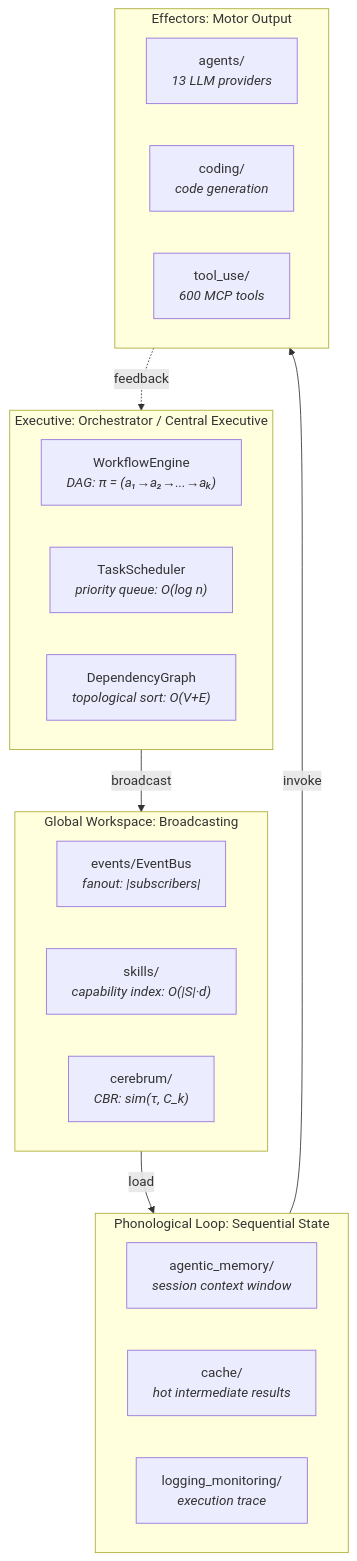
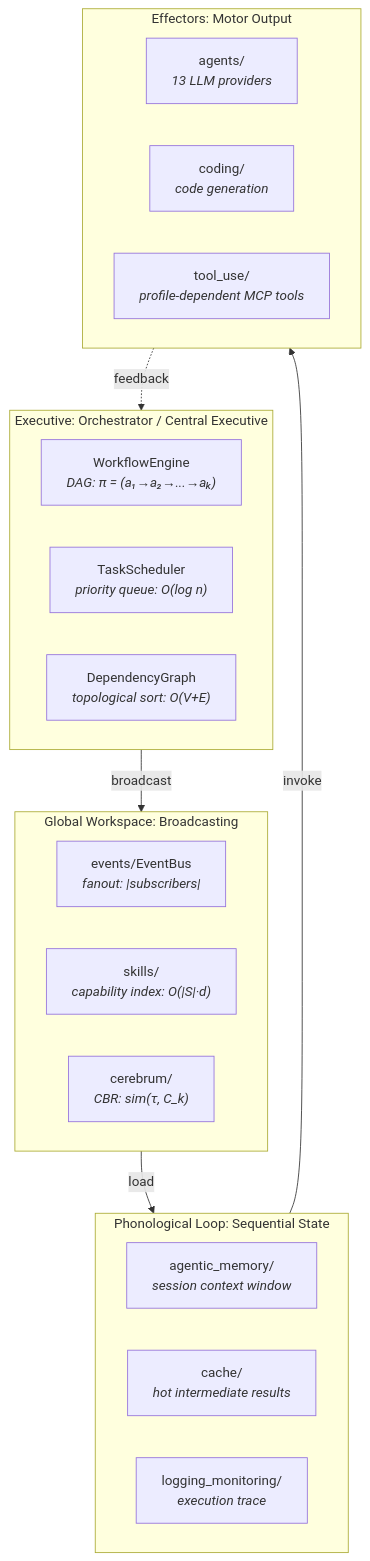
Before and after one commit to docxology/codomyrmex: the first of 2 diagrams in docs/agi/orchestration_as_cognition.md, drawn with Mermaid. The commit also changed other lines of this file and 287 other files, not shown here.

````diff
--- a/docs/agi/orchestration_as_cognition.md
+++ b/docs/agi/orchestration_as_cognition.md
@@ -13,31 +17,31 @@
 ```mermaid
 graph TB
     subgraph EXECUTIVE["Executive: Orchestrator / Central Executive"]
         WE["WorkflowEngine<br/><i>DAG: π = (a₁→a₂→...→aₖ)</i>"]
         TS["TaskScheduler<br/><i>priority queue: O(log n)</i>"]
         DG["DependencyGraph<br/><i>topological sort: O(V+E)</i>"]
     end
 
     subgraph WORKSPACE["Global Workspace: Broadcasting"]
         EVENTS["events/EventBus<br/><i>fanout: |subscribers|</i>"]
         SKILLS["skills/<br/><i>capability index: O(|S|·d)</i>"]
         CEREB["cerebrum/<br/><i>CBR: sim(τ, C_k)</i>"]
     end
 
     subgraph PHONOLOGICAL["Phonological Loop: Sequential State"]
         AMEM["agentic_memory/<br/><i>session context window</i>"]
         CACHE["cache/<br/><i>hot intermediate results</i>"]
         LOG["logging_monitoring/<br/><i>execution trace</i>"]
     end
 
     subgraph EFFECTORS["Effectors: Motor Output"]
         AGENTS["agents/<br/><i>13 LLM providers</i>"]
         CODING["coding/<br/><i>code generation</i>"]
-        TOOLS["tool_use/<br/><i>600 MCP tools</i>"]
+        TOOLS["tool_use/<br/><i>profile-dependent MCP tools</i>"]
     end
 
     EXECUTIVE -->|"broadcast"| WORKSPACE
     WORKSPACE -->|"load"| PHONOLOGICAL
     PHONOLOGICAL -->|"invoke"| EFFECTORS
     EFFECTORS -.->|"feedback"| EXECUTIVE
 ```
````
